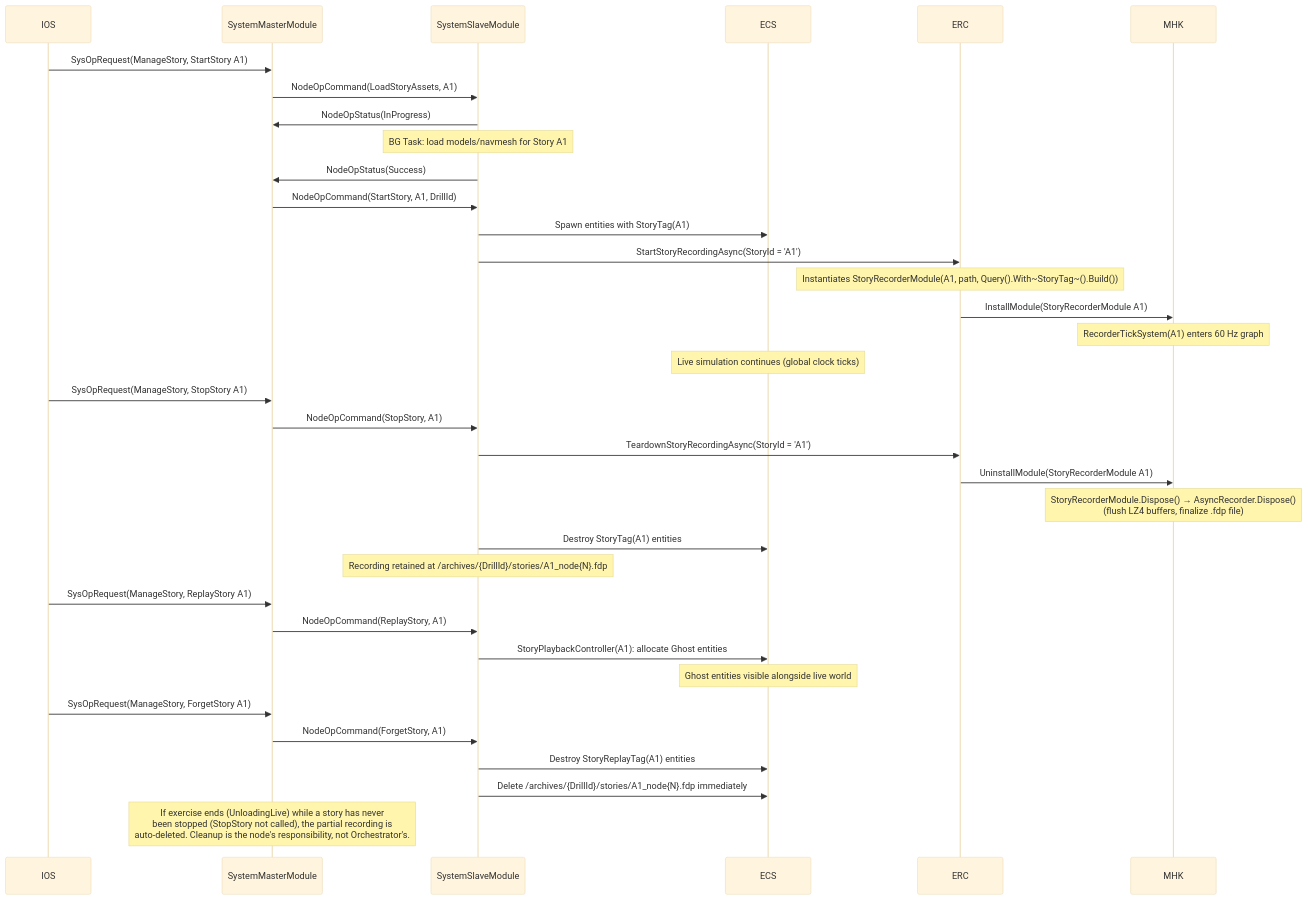
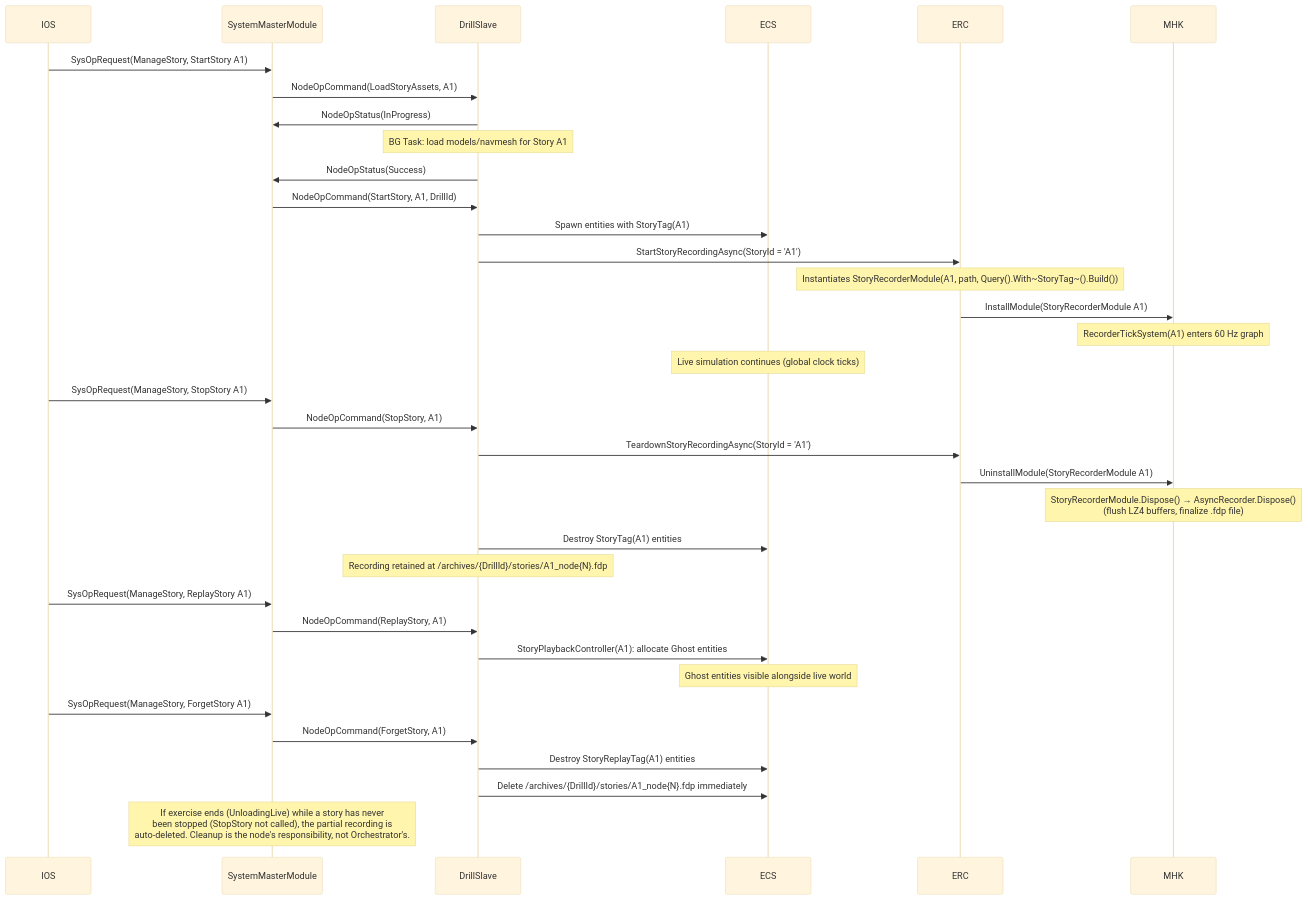
One commit to pjanec/HROT changed the tenth of 11 diagrams in docs/rec-plb-mgmt/DESIGN.md. Above: the diagram before and after it, drawn with Mermaid (base theme). The commit also changed other lines of this file and 4 other files, not shown here.

````diff
--- a/docs/rec-plb-mgmt/DESIGN.md
+++ b/docs/rec-plb-mgmt/DESIGN.md
@@ -2638,42 +2638,42 @@
 ```mermaid
 sequenceDiagram
     participant IOS
     participant Master as SystemMasterModule
-    participant Slave as SystemSlaveModule
+    participant Slave as DrillSlave
     participant ECS
 
     IOS->>Master: SysOpRequest(ManageStory, StartStory A1)
     Master->>Slave: NodeOpCommand(LoadStoryAssets, A1)
     Slave->>Master: NodeOpStatus(InProgress)
     Note over Slave: BG Task: load models/navmesh for Story A1
     Slave->>Master: NodeOpStatus(Success)
 
     Master->>Slave: NodeOpCommand(StartStory, A1, DrillId)
     Slave->>ECS: Spawn entities with StoryTag(A1)
     Slave->>ERC: StartStoryRecordingAsync(StoryId = 'A1')
     Note over ERC: Instantiates StoryRecorderModule(A1, path, Query().With~StoryTag~().Build())
     ERC->>MHK: InstallModule(StoryRecorderModule A1)
     Note over MHK: RecorderTickSystem(A1) enters 60 Hz graph
 
     Note over ECS: Live simulation continues (global clock ticks)
 
     IOS->>Master: SysOpRequest(ManageStory, StopStory A1)
     Master->>Slave: NodeOpCommand(StopStory, A1)
     Slave->>ERC: TeardownStoryRecordingAsync(StoryId = 'A1')
     ERC->>MHK: UninstallModule(StoryRecorderModule A1)
     Note over MHK: StoryRecorderModule.Dispose() → AsyncRecorder.Dispose()<br/>(flush LZ4 buffers, finalize .fdp file)
     Slave->>ECS: Destroy StoryTag(A1) entities
     Note over Slave: Recording retained at /archives/{DrillId}/stories/A1_node{N}.fdp
 
     IOS->>Master: SysOpRequest(ManageStory, ReplayStory A1)
     Master->>Slave: NodeOpCommand(ReplayStory, A1)
     Slave->>ECS: StoryPlaybackController(A1): allocate Ghost entities
     Note over ECS: Ghost entities visible alongside live world
 
     IOS->>Master: SysOpRequest(ManageStory, ForgetStory A1)
     Master->>Slave: NodeOpCommand(ForgetStory, A1)
     Slave->>ECS: Destroy StoryReplayTag(A1) entities
     Slave->>ECS: Delete /archives/{DrillId}/stories/A1_node{N}.fdp immediately
 
     Note over Master: If exercise ends (UnloadingLive) while a story has never<br/>been stopped (StopStory not called), the partial recording is<br/>auto-deleted. Cleanup is the node's responsibility, not Orchestrator's.
 ```
````
